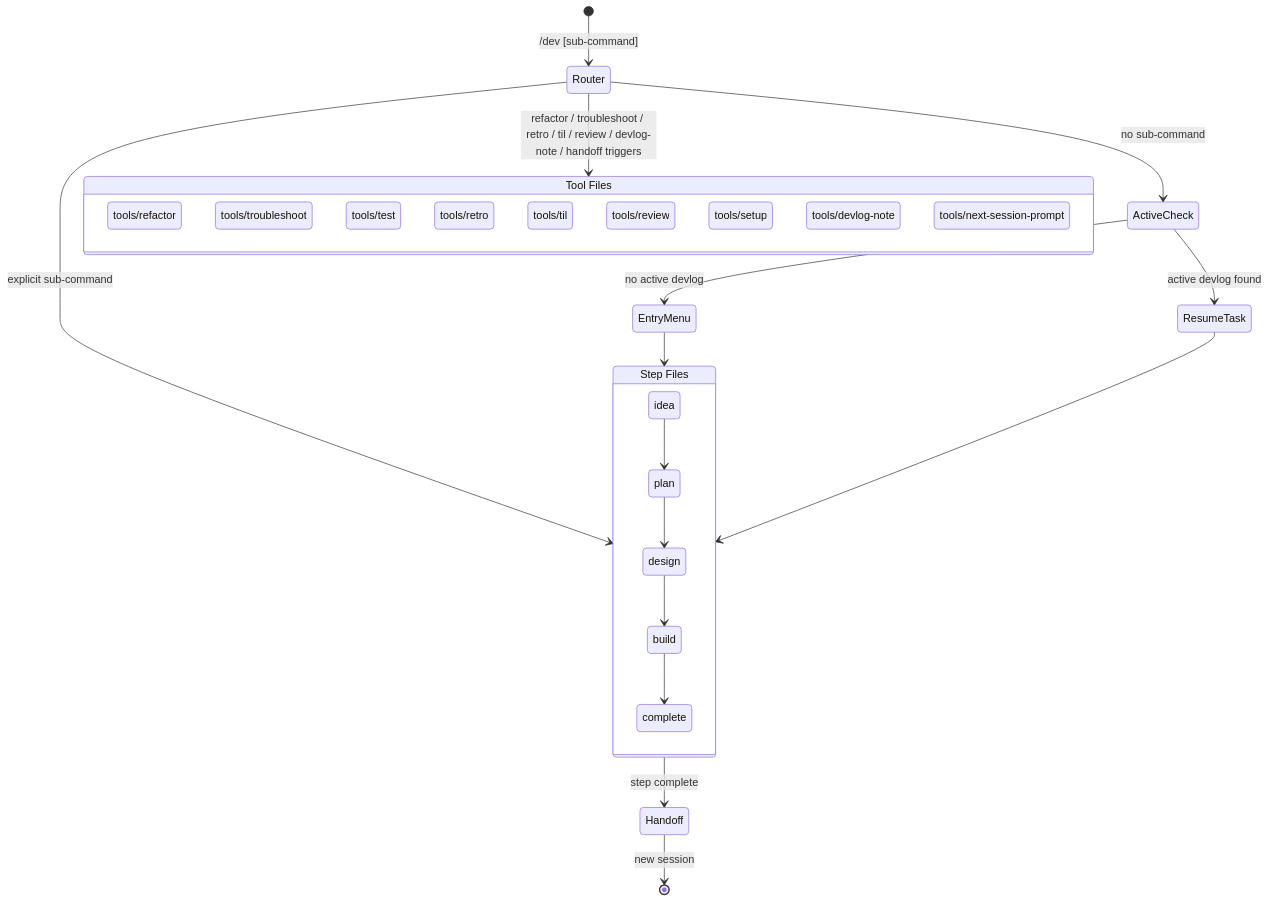
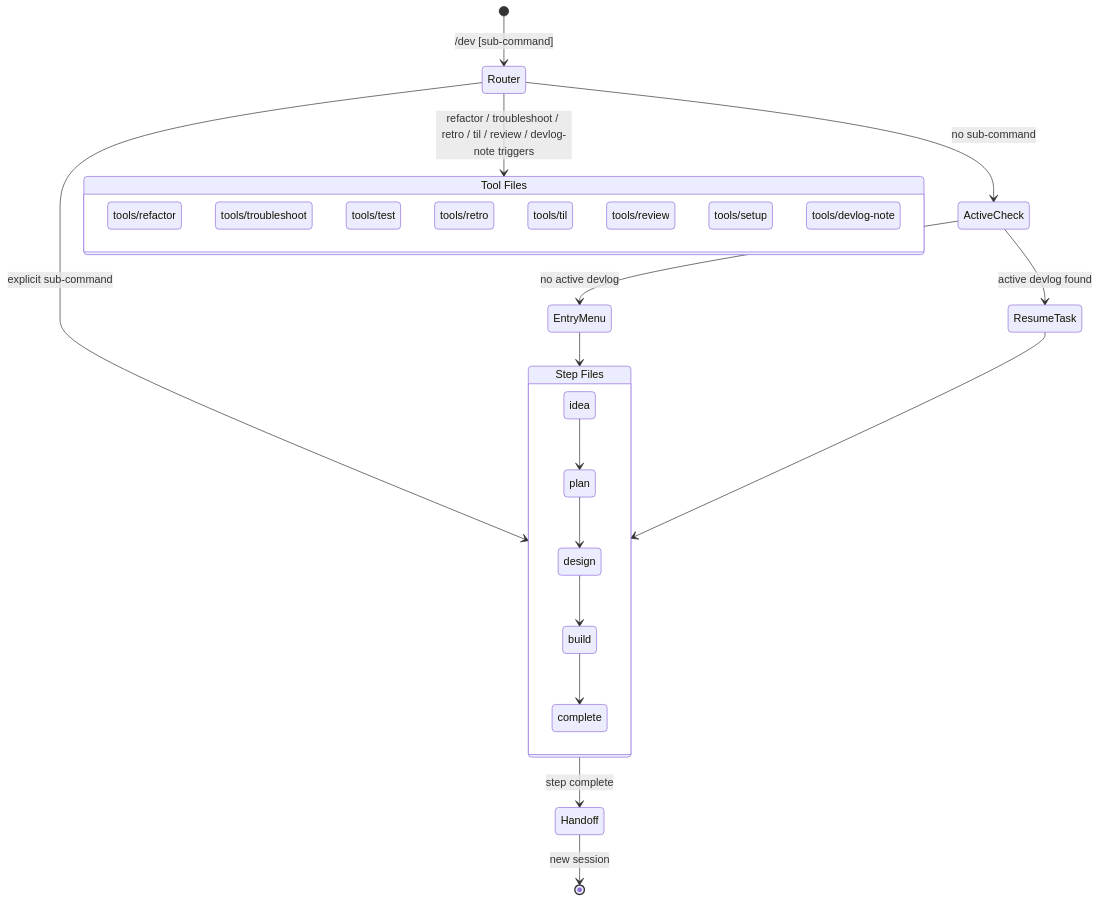
Before and after one commit to gloriaJun/grimoire: the diagram in skills/dev/SKILL.md, drawn with Mermaid. The commit also changed other lines of this file and 8 other files, not shown here.

First line of the commit message:
refactor(dev): clean up legacy artifacts and remove next-session-prompt tool

````diff
--- a/skills/dev/SKILL.md
+++ b/skills/dev/SKILL.md
@@ -65,36 +63,35 @@
 ```mermaid
 stateDiagram-v2
     [*] --> Router: /dev [sub-command]
 
     Router --> ActiveCheck: no sub-command
-    Router --> DirectTool: refactor / troubleshoot / retro / til / review / devlog-note / handoff triggers
+    Router --> DirectTool: refactor / troubleshoot / retro / til / review / devlog-note triggers
     Router --> StepFile: explicit sub-command
 
     ActiveCheck --> ResumeTask: active devlog found
     ActiveCheck --> EntryMenu: no active devlog
     EntryMenu --> StepFile
 
     ResumeTask --> StepFile
 
     state "Step Files" as StepFile {
         idea --> plan
         plan --> design
         design --> build
         build --> complete
     }
 
     state "Tool Files" as DirectTool {
         refactor_tool: tools/refactor
         troubleshoot_tool: tools/troubleshoot
         test_tool: tools/test
         retro_tool: tools/retro
         til_tool: tools/til
         review_tool: tools/review
         setup_tool: tools/setup
         devlog_note_tool: tools/devlog-note
-        handoff_tool: tools/next-session-prompt
     }
 
     StepFile --> Handoff: step complete
     Handoff --> [*]: new session
 ```
````
